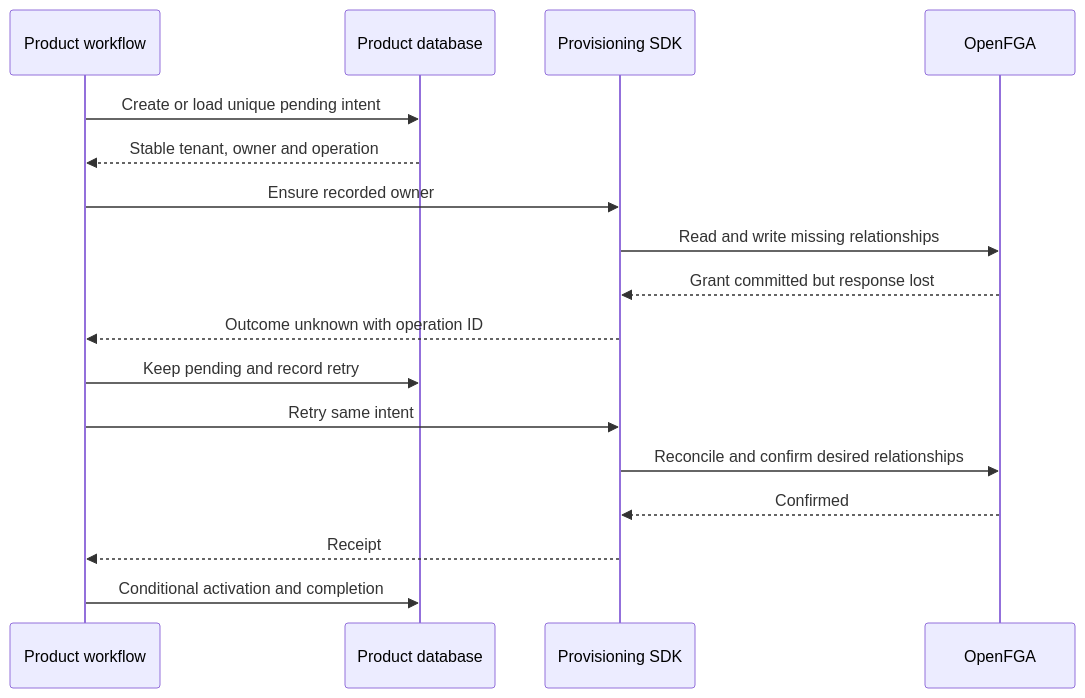
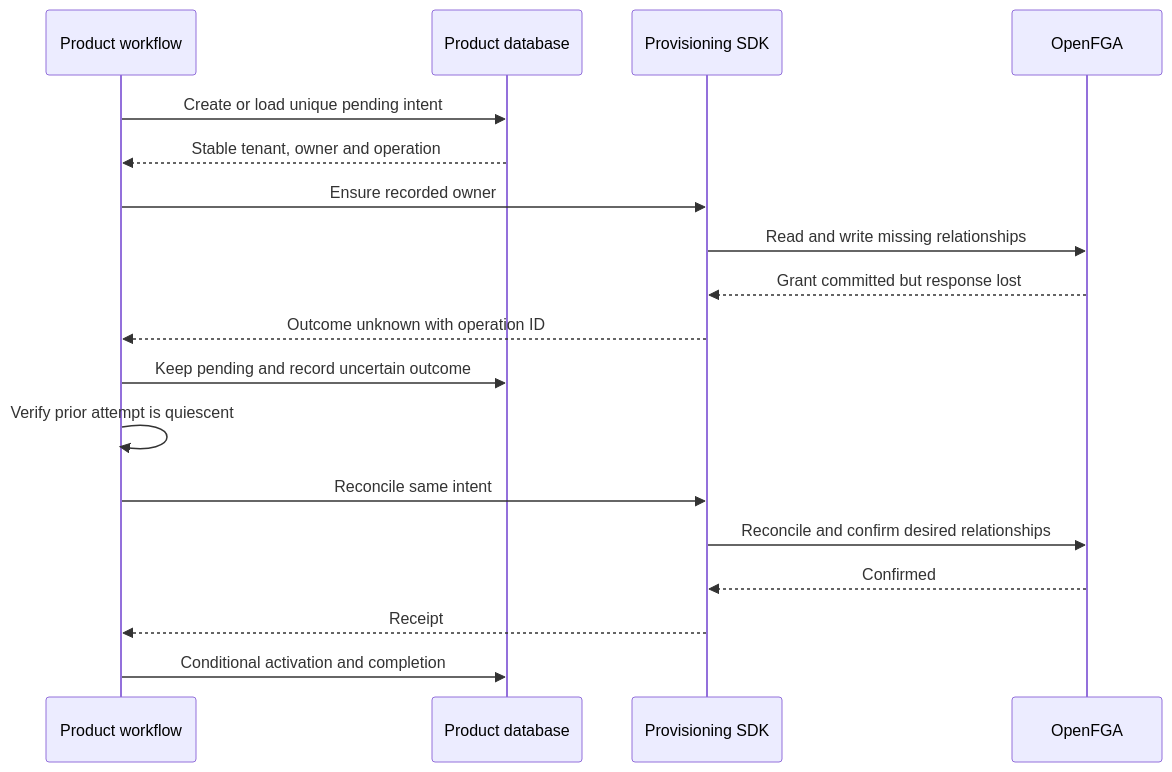
The third of 3 diagrams in docs/content/design/shared-sdk-contract.md (techsavvyash/heimdall), drawn with Mermaid before and after one commit. The commit also changed other lines of this file and 8 other files, not shown here.

````diff
--- a/docs/content/design/shared-sdk-contract.md
+++ b/docs/content/design/shared-sdk-contract.md
@@ -307,19 +311,20 @@
 ```mermaid
 sequenceDiagram
   participant Product as Product workflow
   participant DB as Product database
   participant SDK as Provisioning SDK
   participant F as OpenFGA
   Product->>DB: Create or load unique pending intent
   DB-->>Product: Stable tenant, owner and operation
   Product->>SDK: Ensure recorded owner
   SDK->>F: Read and write missing relationships
   F-->>SDK: Grant committed but response lost
   SDK-->>Product: Outcome unknown with operation ID
-  Product->>DB: Keep pending and record retry
-  Product->>SDK: Retry same intent
+  Product->>DB: Keep pending and record uncertain outcome
+  Product->>Product: Verify prior attempt is quiescent
+  Product->>SDK: Reconcile same intent
   SDK->>F: Reconcile and confirm desired relationships
   F-->>SDK: Confirmed
   SDK-->>Product: Receipt
   Product->>DB: Conditional activation and completion
 ```
````
